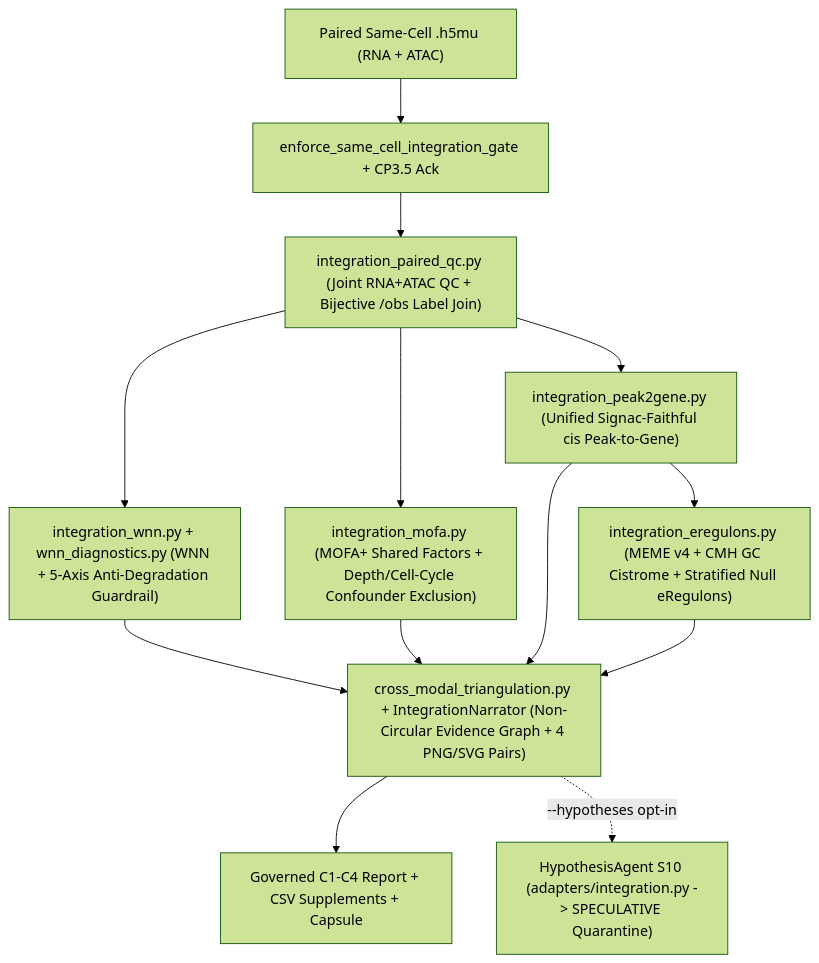
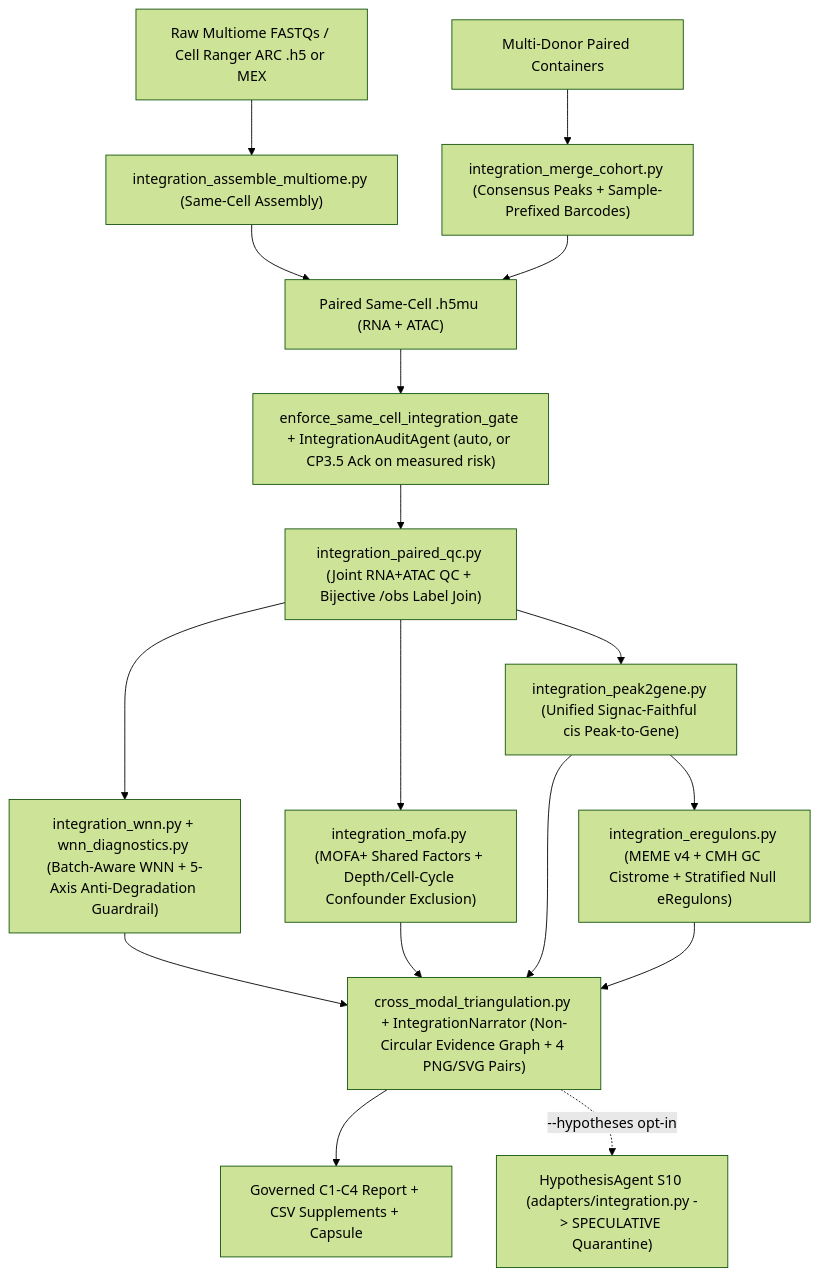
Before and after one commit to Olascoaga/aria-omics: the diagram in docs/workflows/integration_roadmap.md, drawn with Mermaid (forest theme). The commit also changed other lines of this file and 50 other files, not shown here.

````diff
--- a/docs/workflows/integration_roadmap.md
+++ b/docs/workflows/integration_roadmap.md
@@ -25,15 +36,19 @@
 ```mermaid
 flowchart TD
-    H5MU["Paired Same-Cell .h5mu (RNA + ATAC)"] --> GATE["enforce_same_cell_integration_gate + CP3.5 Ack"]
+    RAW["Raw Multiome FASTQs / Cell Ranger ARC .h5 or MEX"] --> ASM["integration_assemble_multiome.py (Same-Cell Assembly)"]
+    COHORT["Multi-Donor Paired Containers"] --> MERGE["integration_merge_cohort.py (Consensus Peaks + Sample-Prefixed Barcodes)"]
+    ASM --> H5MU
+    MERGE --> H5MU
+    H5MU["Paired Same-Cell .h5mu (RNA + ATAC)"] --> GATE["enforce_same_cell_integration_gate + IntegrationAuditAgent (auto, or CP3.5 Ack on measured risk)"]
     GATE --> PQC["integration_paired_qc.py (Joint RNA+ATAC QC + Bijective /obs Label Join)"]
-    PQC --> WNN["integration_wnn.py + wnn_diagnostics.py (WNN + 5-Axis Anti-Degradation Guardrail)"]
+    PQC --> WNN["integration_wnn.py + wnn_diagnostics.py (Batch-Aware WNN + 5-Axis Anti-Degradation Guardrail)"]
     PQC --> MOFA["integration_mofa.py (MOFA+ Shared Factors + Depth/Cell-Cycle Confounder Exclusion)"]
     PQC --> P2G["integration_peak2gene.py (Unified Signac-Faithful cis Peak-to-Gene)"]
     P2G --> EREG["integration_eregulons.py (MEME v4 + CMH GC Cistrome + Stratified Null eRegulons)"]
     WNN --> TRIANG["cross_modal_triangulation.py + IntegrationNarrator (Non-Circular Evidence Graph + 4 PNG/SVG Pairs)"]
     MOFA --> TRIANG
     P2G --> TRIANG
     EREG --> TRIANG
     TRIANG --> REPORT["Governed C1-C4 Report + CSV Supplements + Capsule"]
     TRIANG -. "--hypotheses opt-in" .-> S10["HypothesisAgent S10 (adapters/integration.py -> SPECULATIVE Quarantine)"]
 ```
````
